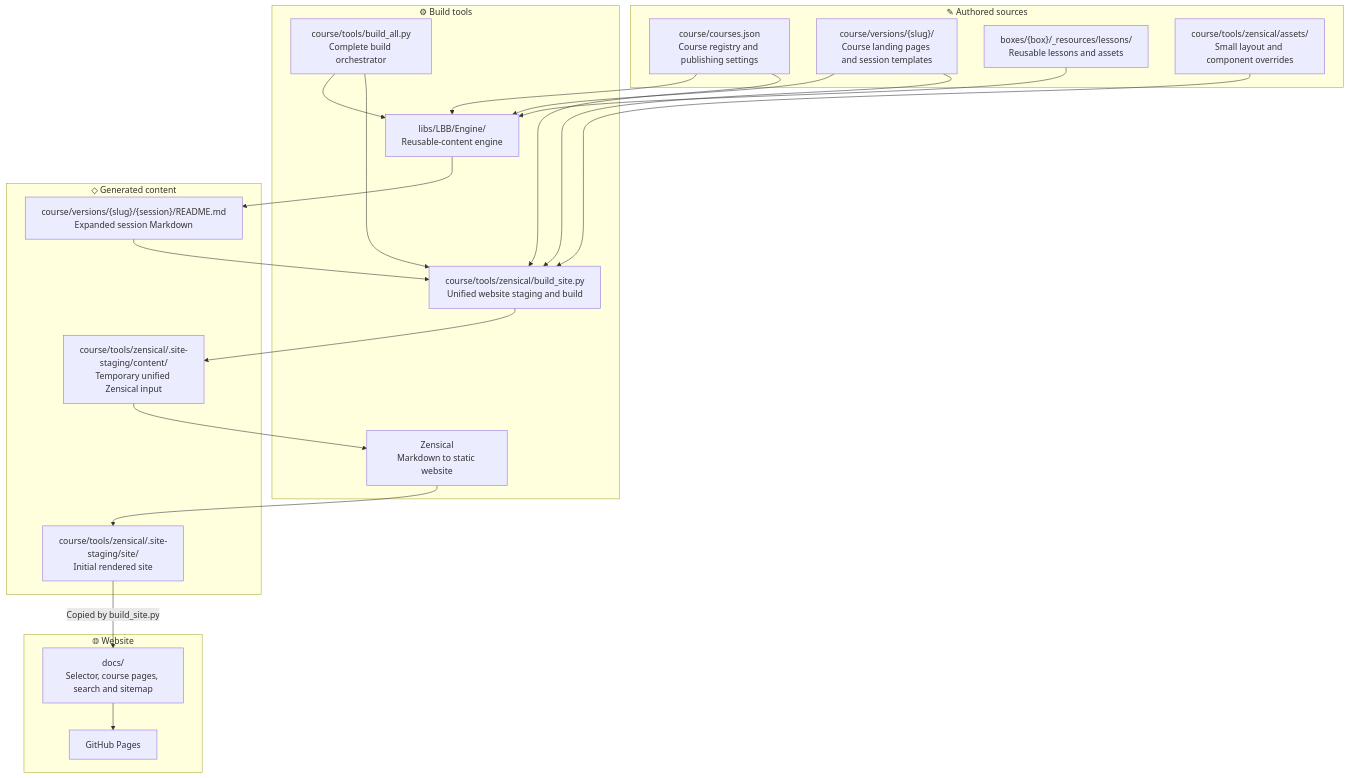
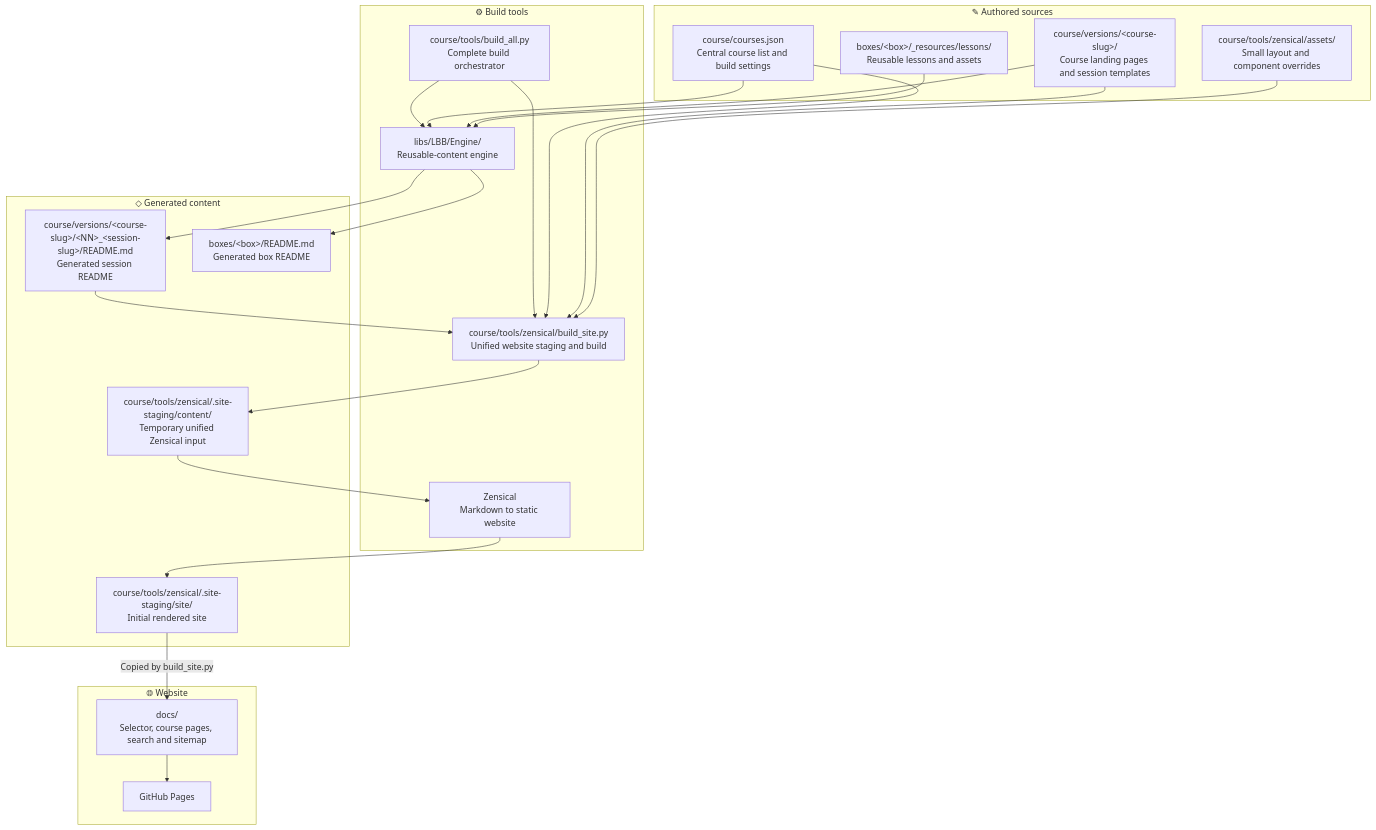
One commit to NoBlackBoxes/LastBlackBox changed the first of 2 diagrams in course/tools/zensical/README.md. Above: the diagram before and after it, drawn with Mermaid. The commit also changed other lines of this file and 1 other file, not shown here.

Commit message:
add course building and granularity guide to engine README

````diff
--- a/course/tools/zensical/README.md
+++ b/course/tools/zensical/README.md
@@ -20,43 +21,45 @@
 ```mermaid
 flowchart TD
     subgraph sources["✎ Authored sources"]
-        manifest["course/courses.json<br/>Course registry and publishing settings"]
-        versions["course/versions/{slug}/<br/>Course landing pages and session templates"]
-        boxes["boxes/{box}/_resources/lessons/<br/>Reusable lessons and assets"]
+        course_list["course/courses.json<br/>Central course list and build settings"]
+        versions["course/versions/&lt;course-slug&gt;/<br/>Course landing pages and session templates"]
+        boxes["boxes/&lt;box&gt;/_resources/lessons/<br/>Reusable lessons and assets"]
         theme["course/tools/zensical/assets/<br/>Small layout and component overrides"]
     end
 
     subgraph tools["⚙︎ Build tools"]
         engine["libs/LBB/Engine/<br/>Reusable-content engine"]
         build["course/tools/build_all.py<br/>Complete build orchestrator"]
         site["course/tools/zensical/build_site.py<br/>Unified website staging and build"]
         zensical["Zensical<br/>Markdown to static website"]
     end
 
     subgraph generated["◇ Generated content"]
-        readmes["course/versions/{slug}/{session}/README.md<br/>Expanded session Markdown"]
+        session_readmes["course/versions/&lt;course-slug&gt;/&lt;NN&gt;_&lt;session-slug&gt;/README.md<br/>Generated session README"]
+        box_readmes["boxes/&lt;box&gt;/README.md<br/>Generated box README"]
         staging["course/tools/zensical/.site-staging/content/<br/>Temporary unified Zensical input"]
         rendered["course/tools/zensical/.site-staging/site/<br/>Initial rendered site"]
     end
 
     subgraph output["🌐︎ Website"]
         website["docs/<br/>Selector, course pages, search and sitemap"]
         pages["GitHub Pages"]
     end
 
     build --> engine
     build --> site
-    manifest --> engine
-    manifest --> site
+    course_list --> engine
+    course_list --> site
     versions --> engine
     boxes --> engine
-    engine --> readmes
-    readmes --> site
+    engine --> session_readmes
+    engine --> box_readmes
+    session_readmes --> site
     versions --> site
     theme --> site
     site --> staging
     staging --> zensical
     zensical --> rendered
     rendered -->|"Copied by build_site.py"| website
     website --> pages
 ```
````
